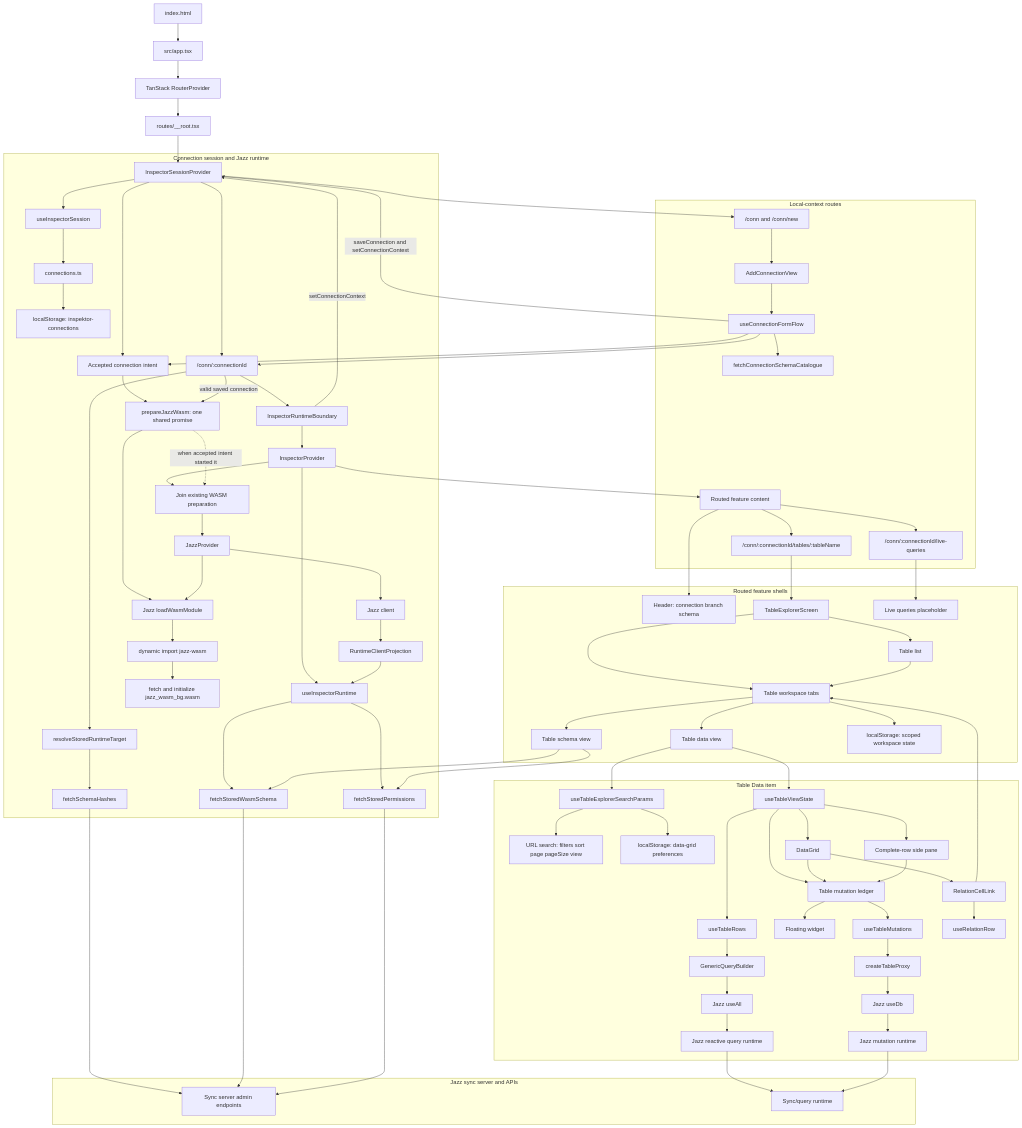
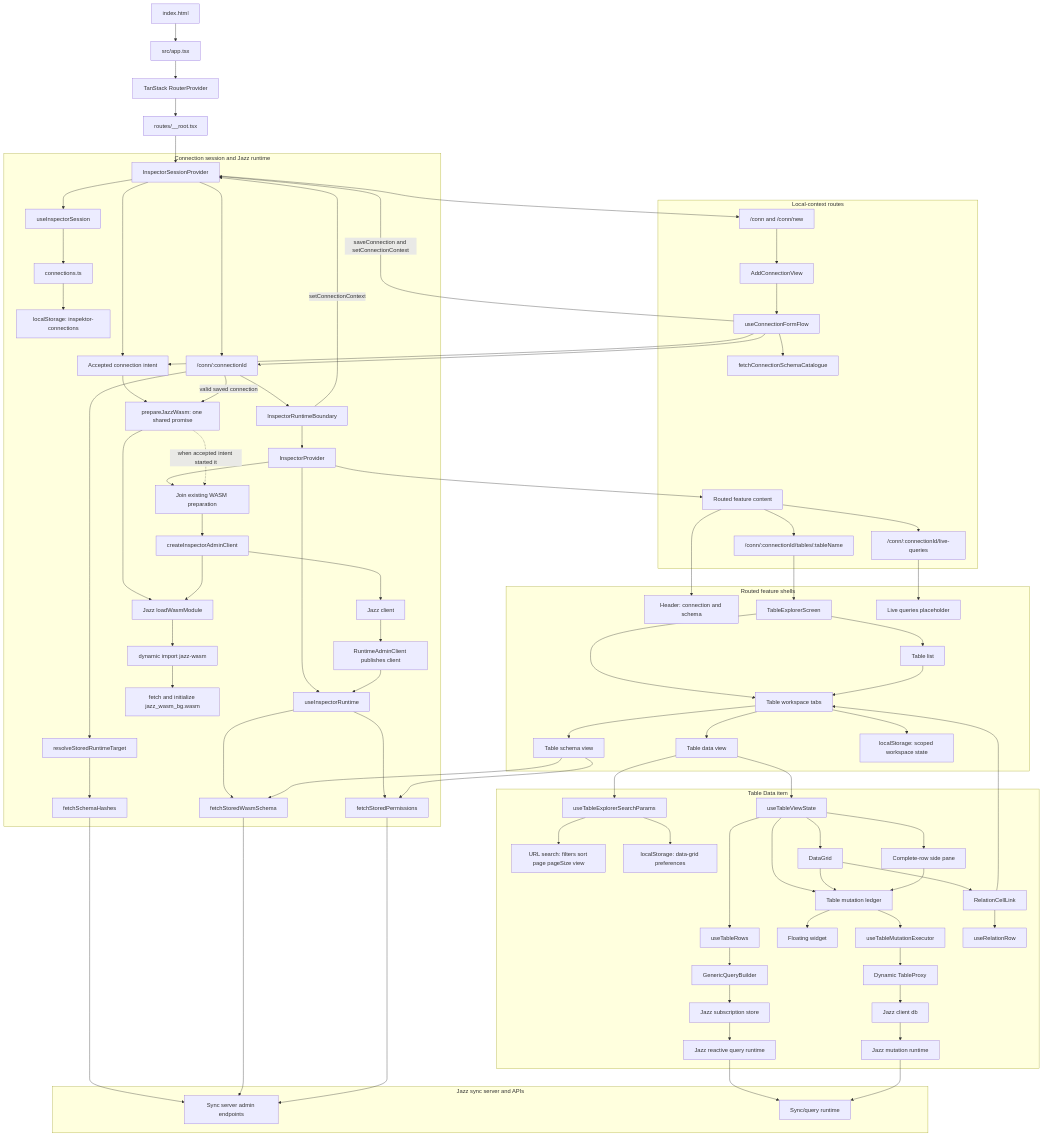
Before and after one commit to cleminso/inspektor: the diagram in lat.md/design-document.md, drawn with Mermaid. The commit also changed other lines of this file and 8 other files, not shown here.

Commit message:
docs: update architecture and project documentation

```diff
--- a/lat.md/design-document.md
+++ b/lat.md/design-document.md
@@ -128,13 +128,13 @@
       Runtime --> StoredPermissions["fetchStoredPermissions"]
       InspectorProvider --> WasmGate["Join existing WASM preparation"]
       WasmPreparation -.->|when accepted intent started it| WasmGate
-      WasmGate --> JazzProvider["JazzProvider"]
-      JazzProvider --> WasmLoader
+      WasmGate --> AdminClient["createInspectorAdminClient"]
+      AdminClient --> WasmLoader
       WasmLoader --> JazzGlue["dynamic import jazz-wasm"]
       JazzGlue --> WasmAsset["fetch and initialize jazz_wasm_bg.wasm"]
-      JazzProvider --> Client["Jazz client"]
-      Client --> RuntimeProjection["RuntimeClientProjection"]
-      RuntimeProjection --> Runtime
+      AdminClient --> Client["Jazz client"]
+      Client --> RuntimeAdminClient["RuntimeAdminClient publishes client"]
+      RuntimeAdminClient --> Runtime
     end
 
     InspectorProvider --> RoutedFeatures["Routed feature content"]
@@ -153,7 +153,7 @@
     end
 
     subgraph WorkbenchFlow["Routed feature shells"]
-      RoutedFeatures --> Header["Header: connection branch schema"]
+      RoutedFeatures --> Header["Header: connection and schema"]
       TablesRoute --> TableExplorer["TableExplorerScreen"]
       TableExplorer --> TablesNavigator["Table list"]
       TableExplorer --> WorkspaceItems["Table workspace tabs"]
@@ -172,8 +172,8 @@
       DataItem --> DataState["useTableViewState"]
       DataState --> TableQuery["useTableRows"]
       TableQuery --> QueryBuilder["GenericQueryBuilder"]
-      QueryBuilder --> UseAll["Jazz useAll"]
-      UseAll --> ReactiveRuntime["Jazz reactive query runtime"]
+      QueryBuilder --> SubscriptionStore["Jazz subscription store"]
+      SubscriptionStore --> ReactiveRuntime["Jazz reactive query runtime"]
 
       DataState --> DataGrid["DataGrid"]
       DataState --> RowEditor["Complete-row side pane"]
@@ -181,10 +181,10 @@
       DataGrid --> MutationLedger
       RowEditor --> MutationLedger
       MutationLedger --> FloatingWidget["Floating widget"]
-      MutationLedger --> Mutations["useTableMutations"]
-      Mutations --> TableProxy["createTableProxy"]
-      TableProxy --> UseDb["Jazz useDb"]
-      UseDb --> MutationRuntime["Jazz mutation runtime"]
+      MutationLedger --> Mutations["useTableMutationExecutor"]
+      Mutations --> TableProxy["Dynamic TableProxy"]
+      TableProxy --> ClientDb["Jazz client db"]
+      ClientDb --> MutationRuntime["Jazz mutation runtime"]
 
       DataGrid --> RelationCell["RelationCellLink"]
       RelationCell --> RelationRow["useRelationRow"]
```
